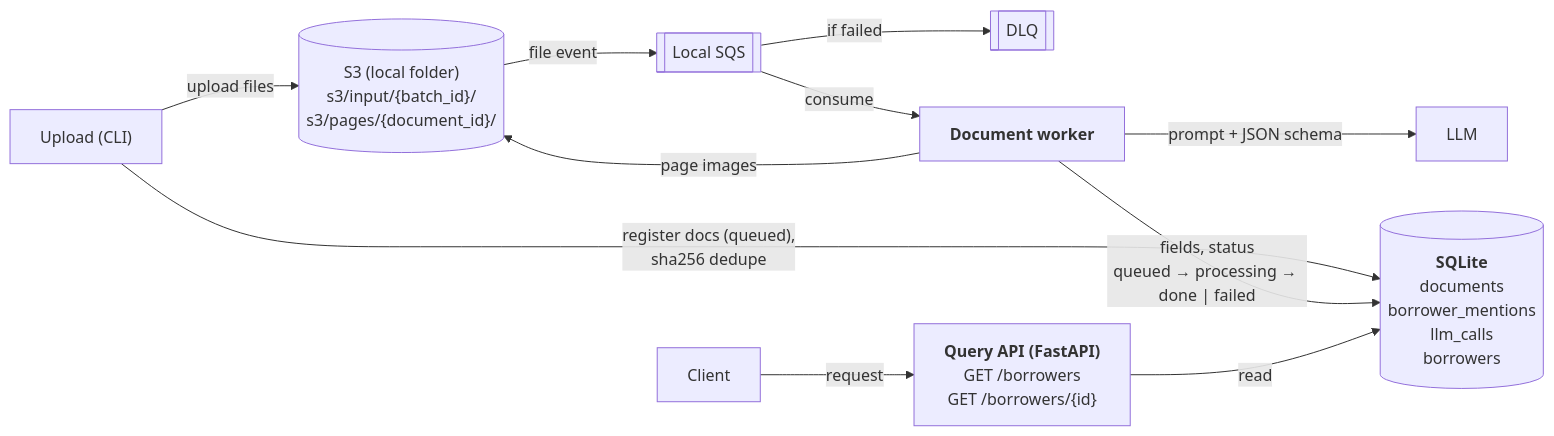
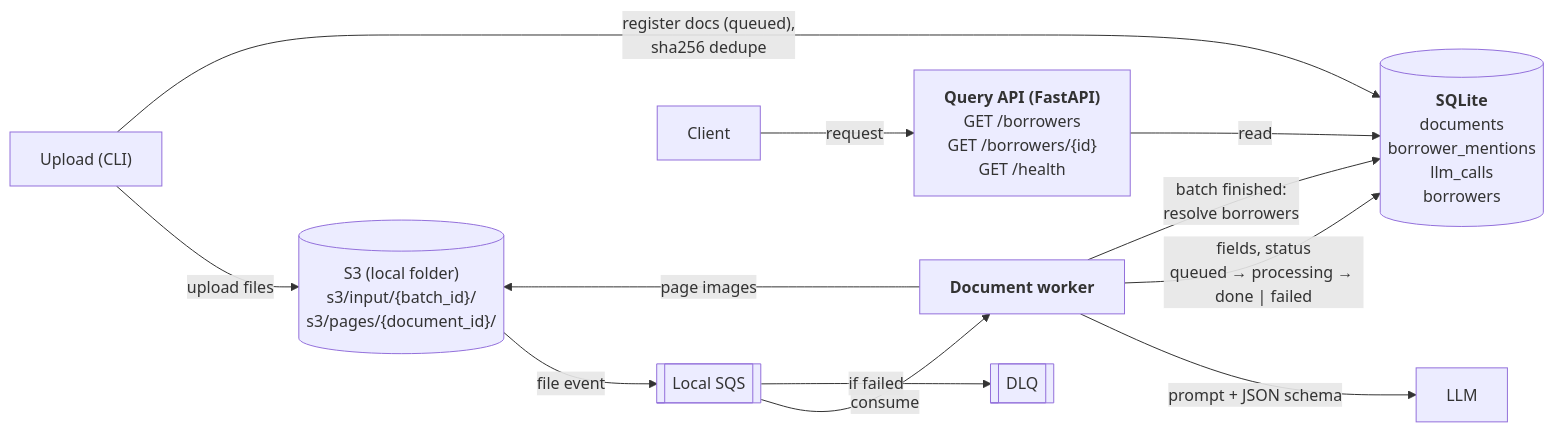
Before and after one commit to syldysnya/loan_extraction: the diagram in docs/system-design.md, drawn with Mermaid. The commit also changed other lines of this file and 1 other file, not shown here.

````diff
--- a/docs/system-design.md
+++ b/docs/system-design.md
@@ -31,23 +32,24 @@
 ```mermaid
 flowchart LR
     upload["Upload (CLI)"]
     s3[("S3 (local folder)<br/>s3/input/{batch_id}/<br/>s3/pages/{document_id}/")]
     sqs[["Local SQS"]]
     dlq[["DLQ"]]
     worker["<b>Document worker</b>"]
     llm["LLM"]
     db[("<b>SQLite</b><br/>documents<br/>borrower_mentions<br/>llm_calls<br/>borrowers")]
-    api["<b>Query API (FastAPI)</b><br/>GET /borrowers<br/>GET /borrowers/{id}"]
+    api["<b>Query API (FastAPI)</b><br/>GET /borrowers<br/>GET /borrowers/{id}<br/>GET /health"]
     client["Client"]
 
     upload -- "upload files" --> s3
     upload -- "register docs (queued),<br/>sha256 dedupe" --> db
     s3 -- "file event" --> sqs
     sqs -- "consume" --> worker
     sqs -- "if failed" --> dlq
     worker -- "page images" --> s3
     worker -- "prompt + JSON schema" --> llm
     worker -- "fields, status<br/>queued → processing → done | failed" --> db
+    worker -- "batch finished:<br/>resolve borrowers" --> db
     api -- "read" --> db
     client -- "request" --> api
 ```
````
